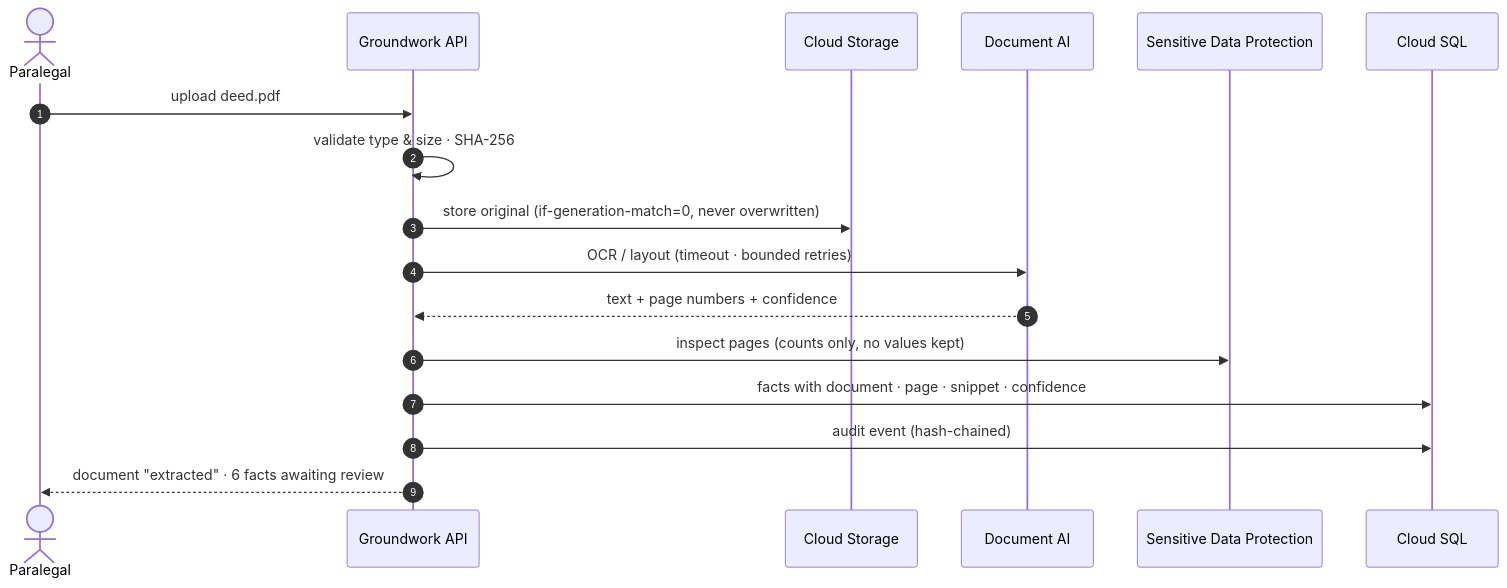
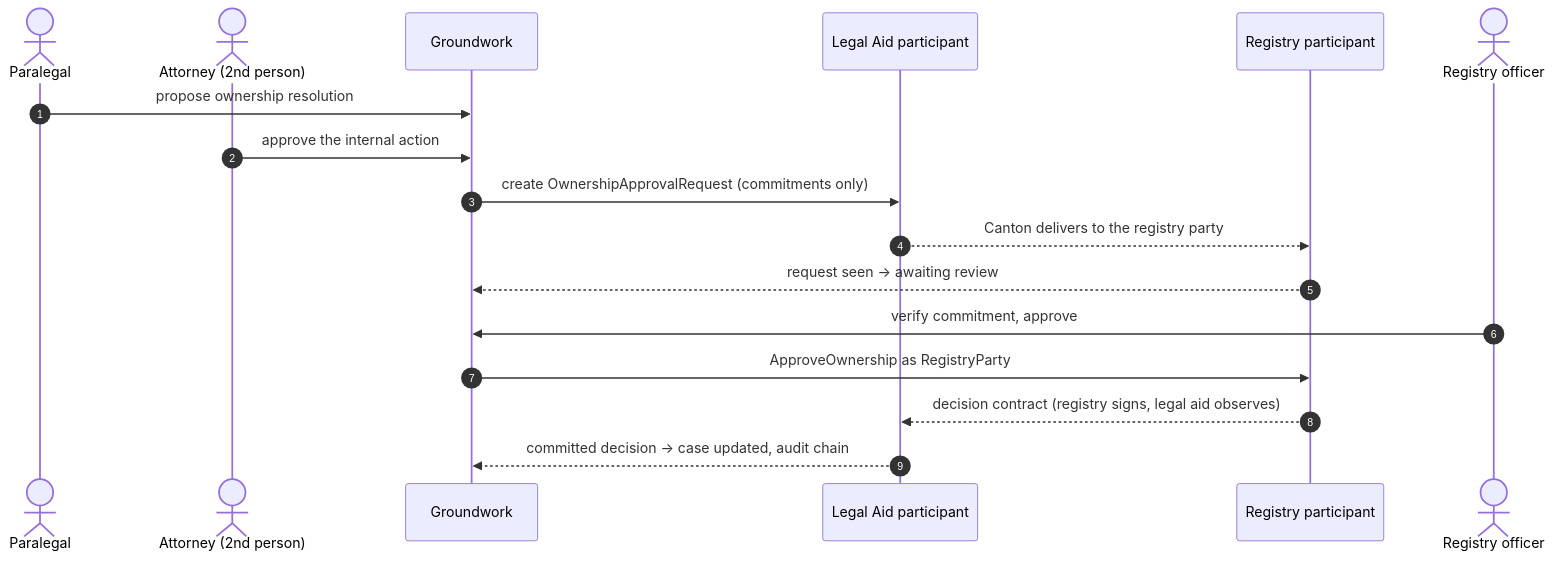
One commit to Ground-work-gcp/Groundwork changed the second of 3 diagrams in README.md. Above: the diagram before and after it, drawn with Mermaid. The commit also changed other lines of this file, not shown here.

First line of the commit message:
Rewrite README around rural land records and Canton multi-party approvals

````diff
--- a/README.md
+++ b/README.md
@@ -122,19 +89,19 @@
 ```mermaid
 sequenceDiagram
     autonumber
     actor P as Paralegal
-    participant API as Groundwork API
-    participant GCS as Cloud Storage
-    participant DAI as Document AI
-    participant SDP as Sensitive Data Protection
-    participant DB as Cloud SQL
-    P->>API: upload deed.pdf
-    API->>API: validate type & size · SHA-256
-    API->>GCS: store original (if-generation-match=0, never overwritten)
-    API->>DAI: OCR / layout (timeout · bounded retries)
-    DAI-->>API: text + page numbers + confidence
-    API->>SDP: inspect pages (counts only, no values kept)
-    API->>DB: facts with document · page · snippet · confidence
-    API->>DB: audit event (hash-chained)
-    API-->>P: document "extracted" · 6 facts awaiting review
+    actor A as Attorney (2nd person)
+    participant G as Groundwork
+    participant LA as Legal Aid participant
+    participant RG as Registry participant
+    actor R as Registry officer
+    P->>G: propose ownership resolution
+    A->>G: approve the internal action
+    G->>LA: create OwnershipApprovalRequest (commitments only)
+    LA-->>RG: Canton delivers to the registry party
+    RG-->>G: request seen → awaiting review
+    R->>G: verify commitment, approve
+    G->>RG: ApproveOwnership as RegistryParty
+    RG-->>LA: decision contract (registry signs, legal aid observes)
+    LA-->>G: committed decision → case updated, audit chain
 ```
````
